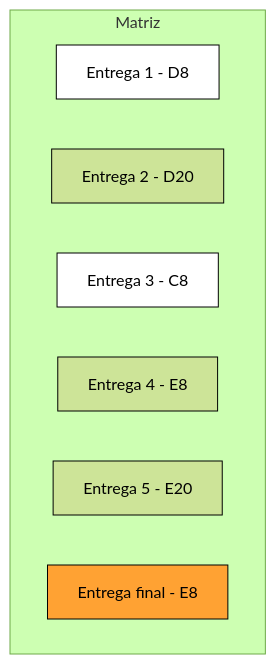
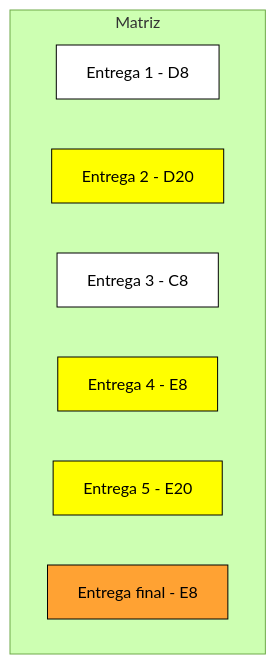
One commit to larissatoyohashi/grafico-gantt changed the seventh of 7 diagrams in README.md. Above: the diagram before and after it, drawn with Mermaid (forest theme).

````diff
--- a/README.md
+++ b/README.md
@@ -139,16 +139,16 @@
 ```mermaid
 graph TD
   subgraph Matriz
 A1[" Entrega 1 - D8"]:::branco
 A2[" Entrega 2 - D20"]:::amarelo
 A3[" Entrega 3 - C8"]:::branco
 A4[" Entrega 4 - E8"]:::amarelo
 A5[" Entrega 5 - E20"]:::amarelo
 A6[" Entrega final - E8"]:::laranja
 end
 classDef branco fill: #fff, stroke: #000, strike-width: 1px;
-classDef amarelo fill: #FFD8D, stroke: #000, strike-width: 1px;
+classDef amarelo fill: #FFFF00, stroke: #000, strike-width: 1px;
 classDef laranja fill: #FFA233, stroke: #000, strike-width: 1px;
 classDef vermelho fill: #E64C3C, stroke: #000, strike-width: 1px;
 
 ```
````
